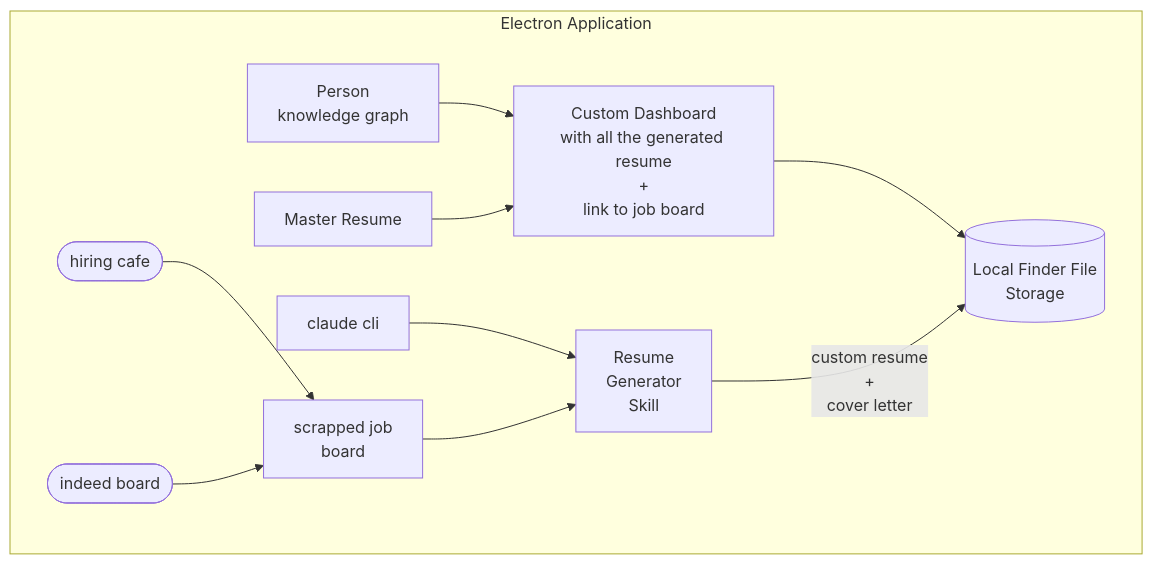
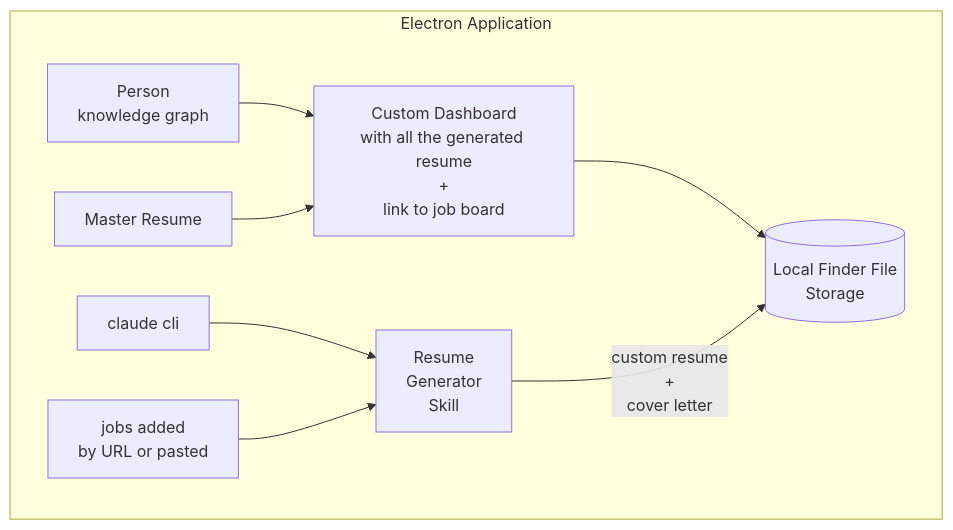
The diagram in README.md (silentashish/huntgry), drawn with Mermaid before and after one commit. The commit also changed other lines of this file and 33 other files, not shown here.

First line of the commit message:
Remove job board search (hiring.cafe, Indeed) from Jobs (#78)

````diff
--- a/README.md
+++ b/README.md
@@ -10,28 +10,23 @@
 ```mermaid
 flowchart LR
     subgraph electron["Electron Application"]
         direction LR
 
         kg["Person<br/>knowledge graph"]
         dashboard["Custom Dashboard<br/>with all the generated resume<br/>+<br/>link to job board"]
         master["Master Resume"]
         storage[("Local Finder File<br/>Storage")]
 
         cli["claude cli"]
         skill["Resume<br/>Generator<br/>Skill"]
-        scraped["scrapped job<br/>board"]
-
-        hiringcafe(["hiring cafe"])
-        indeed(["indeed board"])
+        jobs["jobs added<br/>by URL or pasted"]
 
         kg --> dashboard
         dashboard --> storage
         master --> dashboard
 
         cli --> skill
-        hiringcafe --> scraped
-        indeed --> scraped
-        scraped --> skill
+        jobs --> skill
         skill -- "custom resume<br/>+<br/>cover letter" --> storage
     end
 ```
````
